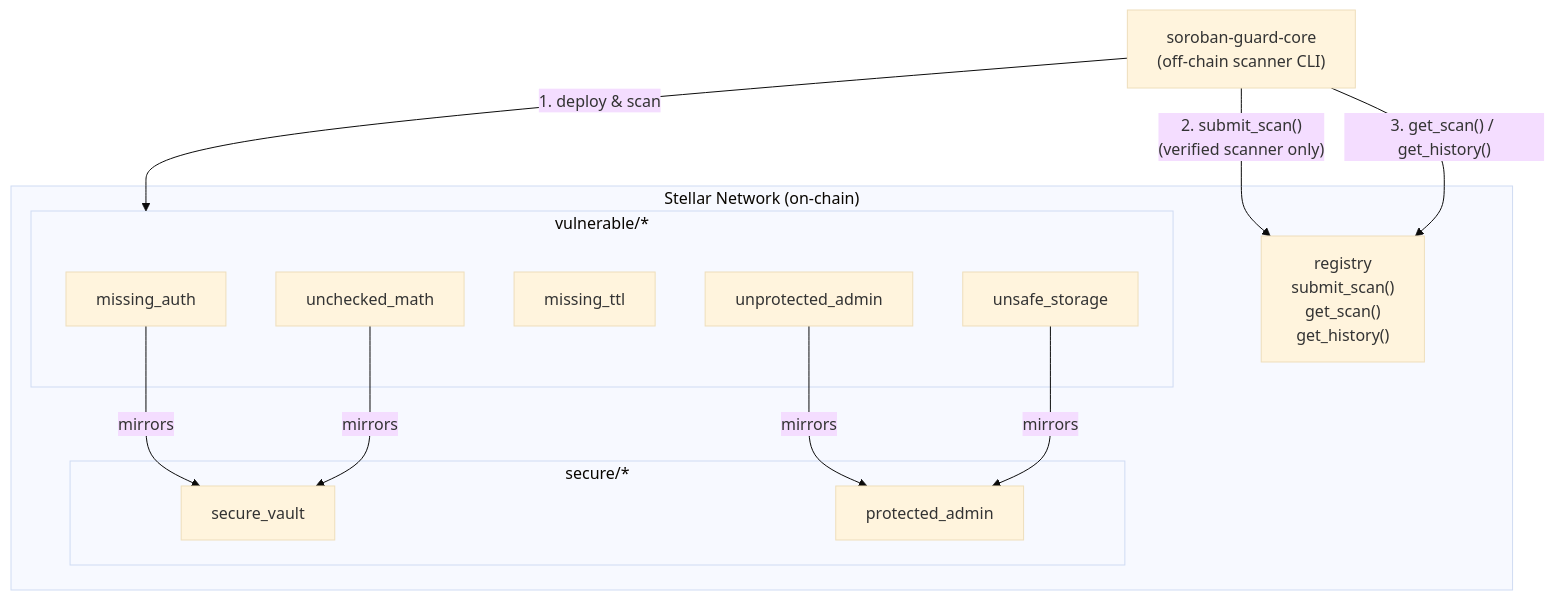
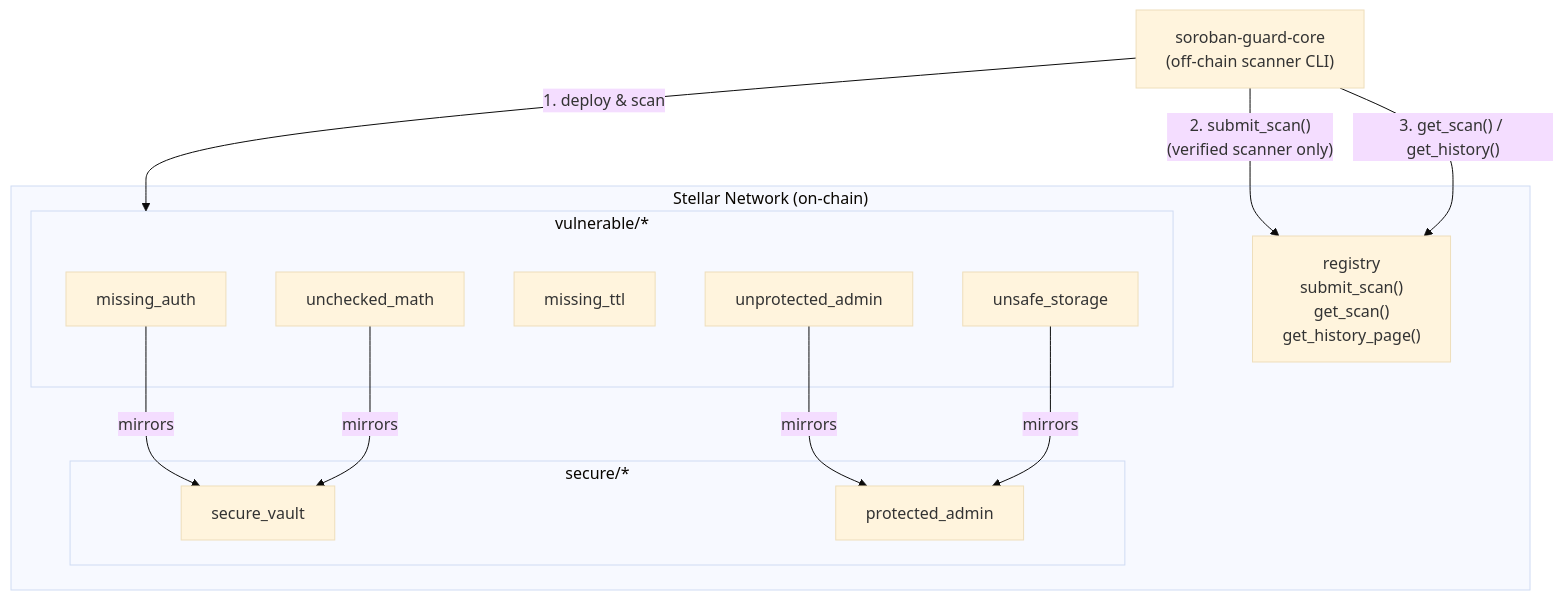
One commit to Veritas-Vaults-Network/soroban-guard-contracts changed the diagram in README.md. Above: the diagram before and after it, drawn with Mermaid (base theme). The commit also changed other lines of this file and 1 other file, not shown here.

Commit message:
fix(registry): replace get_history with paginated get_history_page capped at 50

````diff
--- a/README.md
+++ b/README.md
@@ -241,30 +244,30 @@
 ```mermaid
 flowchart TD
     subgraph Stellar["Stellar Network (on-chain)"]
         subgraph vuln["vulnerable/*"]
             V1[missing_auth]
             V2[unchecked_math]
             V3[missing_ttl]
             V4[unprotected_admin]
             V5[unsafe_storage]
         end
 
         subgraph sec["secure/*"]
             S1[secure_vault]
             S2[protected_admin]
         end
 
-        REG["registry\nsubmit_scan()\nget_scan()\nget_history()"]
+        REG["registry\nsubmit_scan()\nget_scan()\nget_history_page()"]
     end
 
     CLI["soroban-guard-core\n(off-chain scanner CLI)"]
 
     V1 -- mirrors --> S1
     V2 -- mirrors --> S1
     V4 -- mirrors --> S2
     V5 -- mirrors --> S2
 
     CLI -- "1. deploy & scan" --> vuln
     CLI -- "2. submit_scan()\n(verified scanner only)" --> REG
     CLI -- "3. get_scan() / get_history()" --> REG
 ```
````
